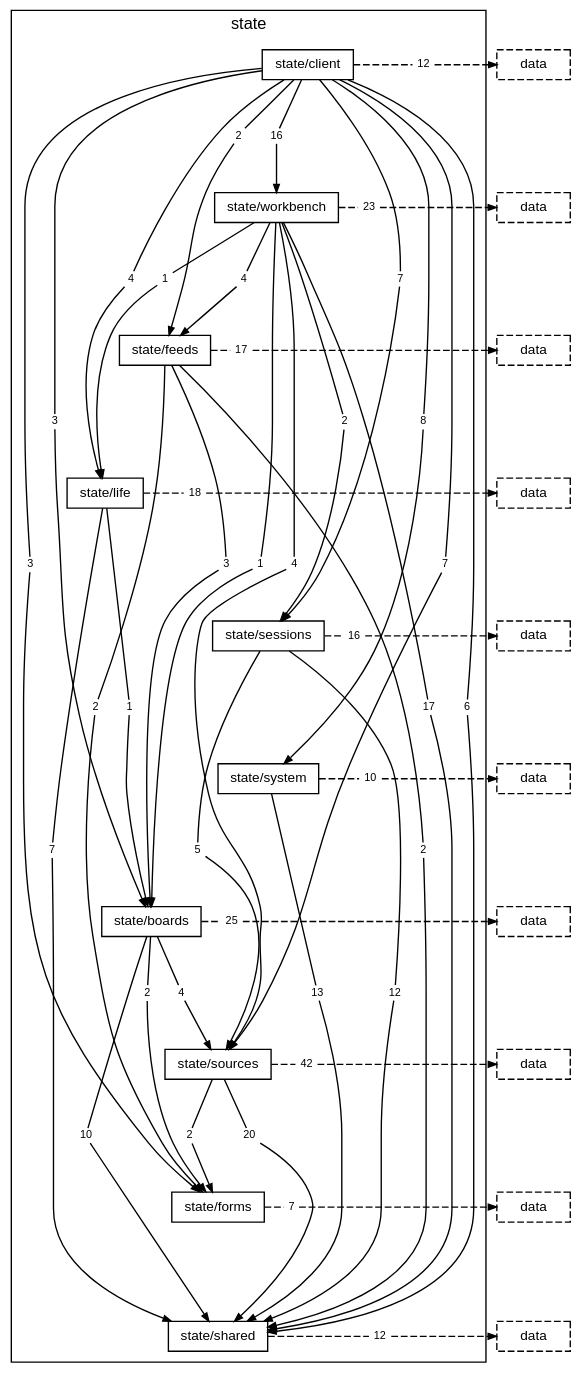
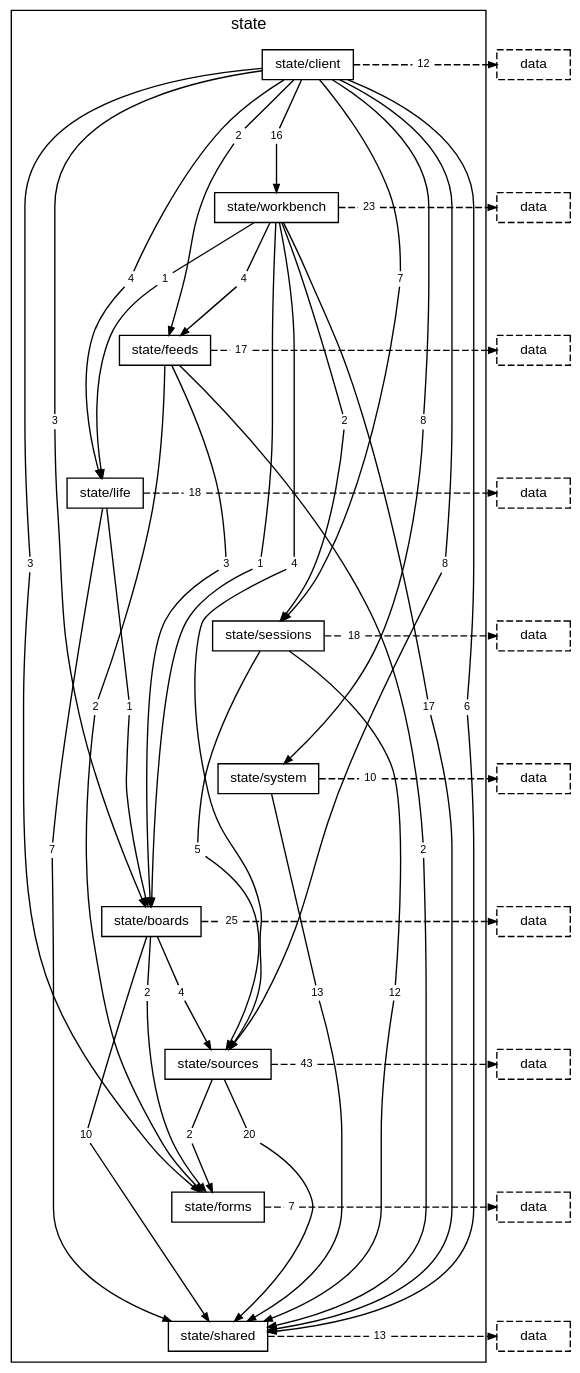
Before and after one commit to TheAxeC/oculus: the diagram in docs/diagrams/layer-state.dot, drawn with Graphviz. The commit also changed 100 other files, not shown here.

```diff
--- a/docs/diagrams/layer-state.dot
+++ b/docs/diagrams/layer-state.dot
@@ -20,7 +20,7 @@
         "folder state/client to folder state/life" [label="4", shape=box, color="transparent", fontsize=8, width=0, height=0, margin="0.04,0.02"];
         "folder state/client to folder state/sessions" [label="7", shape=box, color="transparent", fontsize=8, width=0, height=0, margin="0.04,0.02"];
         "folder state/client to folder state/shared" [label="6", shape=box, color="transparent", fontsize=8, width=0, height=0, margin="0.04,0.02"];
-        "folder state/client to folder state/sources" [label="7", shape=box, color="transparent", fontsize=8, width=0, height=0, margin="0.04,0.02"];
+        "folder state/client to folder state/sources" [label="8", shape=box, color="transparent", fontsize=8, width=0, height=0, margin="0.04,0.02"];
         "folder state/client to folder state/system" [label="8", shape=box, color="transparent", fontsize=8, width=0, height=0, margin="0.04,0.02"];
         "folder state/client to folder state/workbench" [label="16", shape=box, color="transparent", fontsize=8, width=0, height=0, margin="0.04,0.02"];
         "folder state/client to layer data" [label="12", shape=box, color="transparent", fontsize=8, width=0, height=0, margin="0.04,0.02"];
@@ -40,7 +40,7 @@
         "folder state/life to layer data" [label="18", shape=box, color="transparent", fontsize=8, width=0, height=0, margin="0.04,0.02"];
         "folder state/sessions to folder state/shared" [label="12", shape=box, color="transparent", fontsize=8, width=0, height=0, margin="0.04,0.02"];
         "folder state/sessions to folder state/sources" [label="5", shape=box, color="transparent", fontsize=8, width=0, height=0, margin="0.04,0.02"];
-        "folder state/sessions to layer data" [label="16", shape=box, color="transparent", fontsize=8, width=0, height=0, margin="0.04,0.02"];
+        "folder state/sessions to layer data" [label="18", shape=box, color="transparent", fontsize=8, width=0, height=0, margin="0.04,0.02"];
         "folder state/system to folder state/shared" [label="13", shape=box, color="transparent", fontsize=8, width=0, height=0, margin="0.04,0.02"];
         "folder state/system to layer data" [label="10", shape=box, color="transparent", fontsize=8, width=0, height=0, margin="0.04,0.02"];
         "folder state/boards to folder state/forms" [label="2", shape=box, color="transparent", fontsize=8, width=0, height=0, margin="0.04,0.02"];
@@ -49,9 +49,9 @@
         "folder state/boards to layer data" [label="25", shape=box, color="transparent", fontsize=8, width=0, height=0, margin="0.04,0.02"];
         "folder state/sources to folder state/forms" [label="2", shape=box, color="transparent", fontsize=8, width=0, height=0, margin="0.04,0.02"];
         "folder state/sources to folder state/shared" [label="20", shape=box, color="transparent", fontsize=8, width=0, height=0, margin="0.04,0.02"];
-        "folder state/sources to layer data" [label="42", shape=box, color="transparent", fontsize=8, width=0, height=0, margin="0.04,0.02"];
+        "folder state/sources to layer data" [label="43", shape=box, color="transparent", fontsize=8, width=0, height=0, margin="0.04,0.02"];
         "folder state/forms to layer data" [label="7", shape=box, color="transparent", fontsize=8, width=0, height=0, margin="0.04,0.02"];
-        "folder state/shared to layer data" [label="12", shape=box, color="transparent", fontsize=8, width=0, height=0, margin="0.04,0.02"];
+        "folder state/shared to layer data" [label="13", shape=box, color="transparent", fontsize=8, width=0, height=0, margin="0.04,0.02"];
     }
     "layer data from folder state/client" [label="data", style=dashed];
     "layer data from folder state/workbench" [label="data", style=dashed];
```
